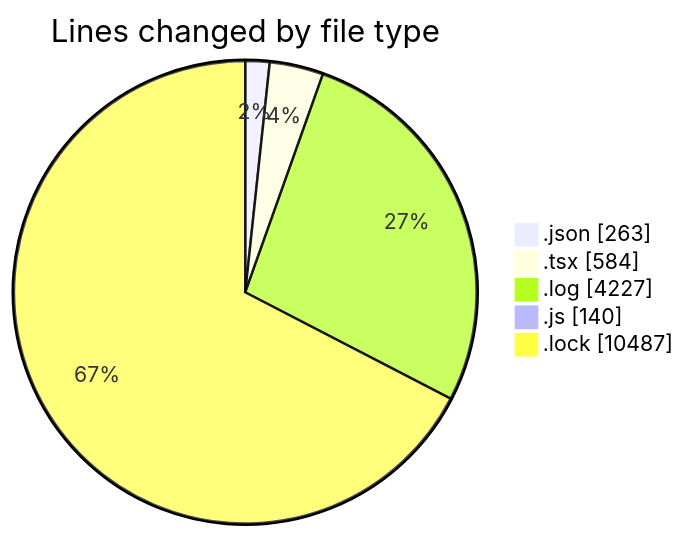
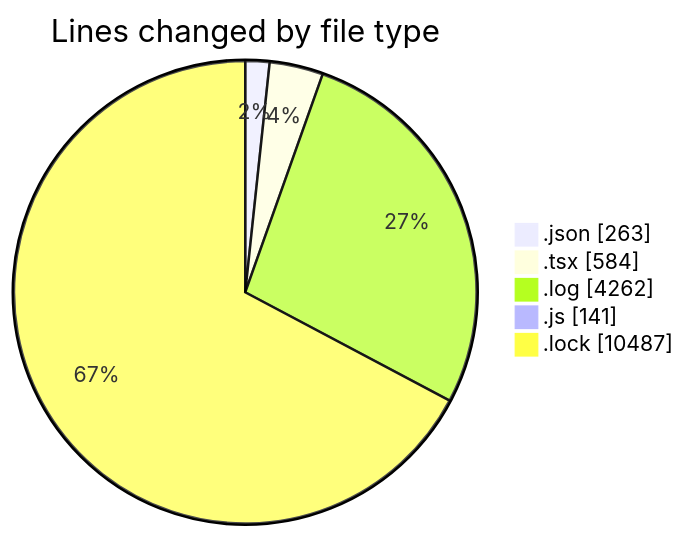
The first of 2 diagrams in 2026-03-24/cda/README.md (momahboobian/code-tracking), drawn with Mermaid before and after one commit. The commit also changed other lines of this file and 1 other file, not shown here.

````diff
--- a/2026-03-24/cda/README.md
+++ b/2026-03-24/cda/README.md
@@ -28,9 +28,9 @@
 ```mermaid
 pie showData
 title Lines changed by file type
 ".json" : 263
 ".tsx" : 584
-".log" : 4227
-".js" : 140
+".log" : 4262
+".js" : 141
 ".lock" : 10487
 ```
````
